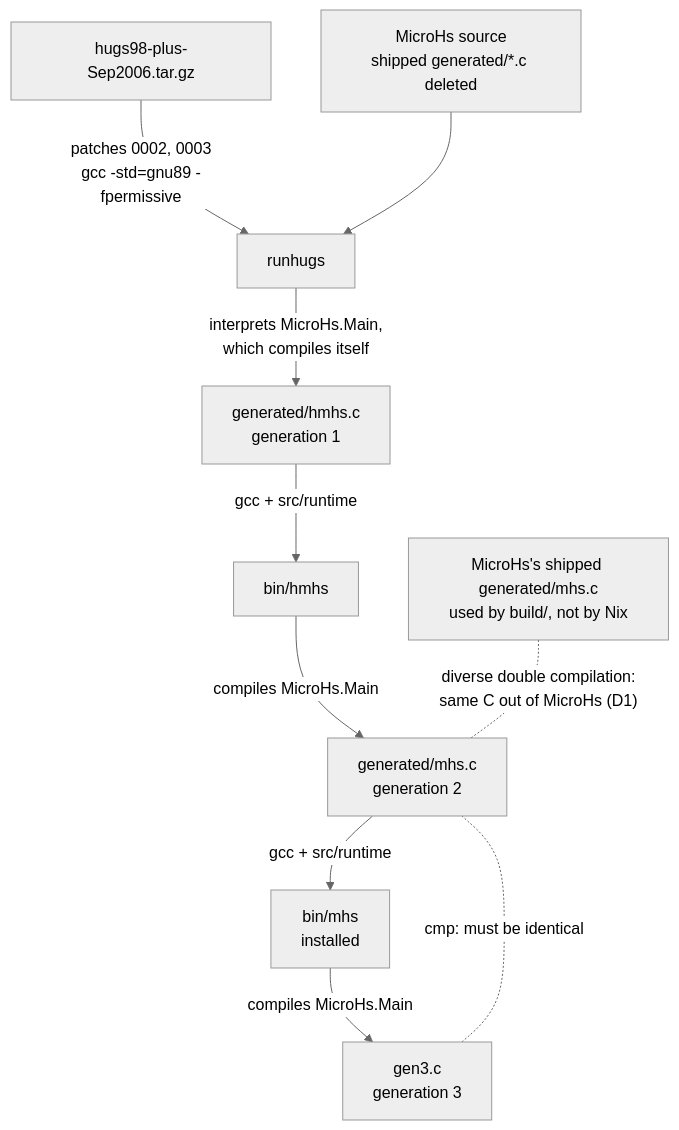
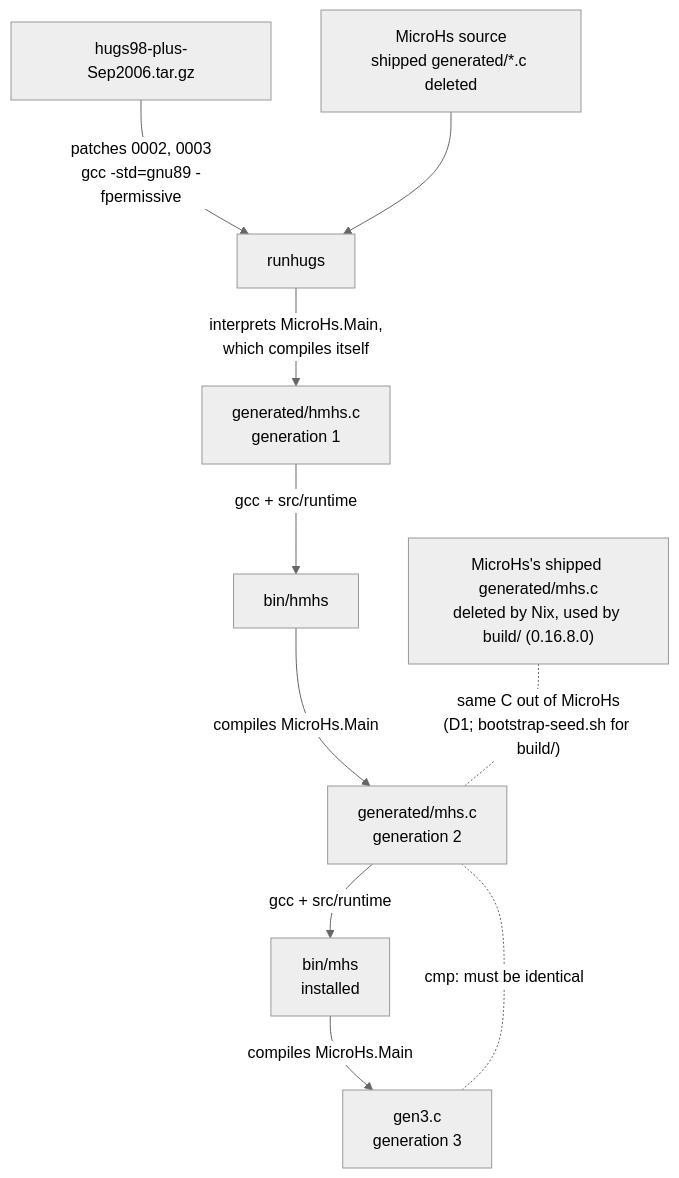
One commit to andreabedini/ghc-bootstrap changed the second of 5 diagrams in DIAGRAMS.md. Above: the diagram before and after it, drawn with Mermaid (neutral theme). The commit also changed other lines of this file and 73 other files, not shown here.

````diff
--- a/DIAGRAMS.md
+++ b/DIAGRAMS.md
@@ -37,12 +39,12 @@
 ```mermaid
 flowchart TB
     htar["hugs98-plus-Sep2006.tar.gz"] -->|"patches 0002, 0003<br/>gcc -std=gnu89 -fpermissive"| hugs["runhugs"]
     msrc["MicroHs source<br/>shipped generated/*.c deleted"] --> hugs
     hugs -->|"interprets MicroHs.Main,<br/>which compiles itself"| gen1["generated/hmhs.c<br/>generation 1"]
     gen1 -->|"gcc + src/runtime"| hmhs["bin/hmhs"]
     hmhs -->|"compiles MicroHs.Main"| gen2["generated/mhs.c<br/>generation 2"]
     gen2 -->|"gcc + src/runtime"| mhs["bin/mhs<br/>installed"]
     mhs -->|"compiles MicroHs.Main"| gen3["gen3.c<br/>generation 3"]
     gen3 -. "cmp: must be identical" .- gen2
-    seed["MicroHs's shipped generated/mhs.c<br/>used by build/, not by Nix"] -. "diverse double compilation:<br/>same C out of MicroHs (D1)" .- gen2
+    seed["MicroHs's shipped generated/mhs.c<br/>deleted by Nix, used by build/ (0.16.8.0)"] -. "same C out of MicroHs<br/>(D1; bootstrap-seed.sh for build/)" .- gen2
 ```
````
